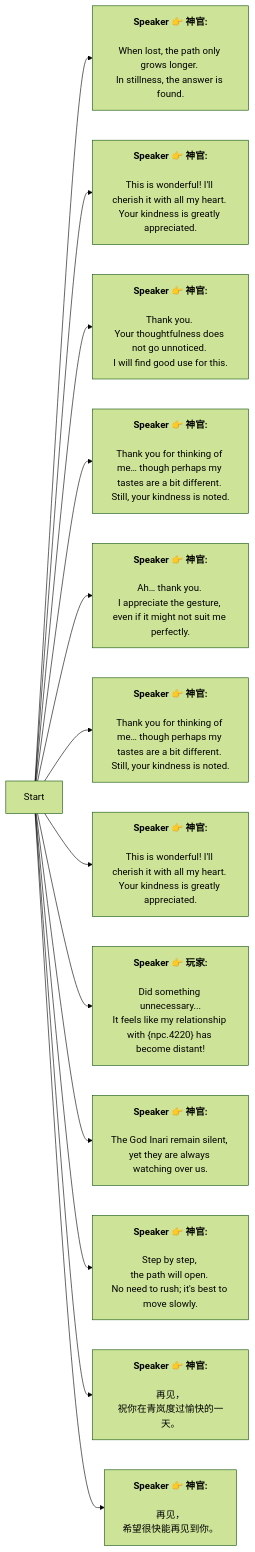
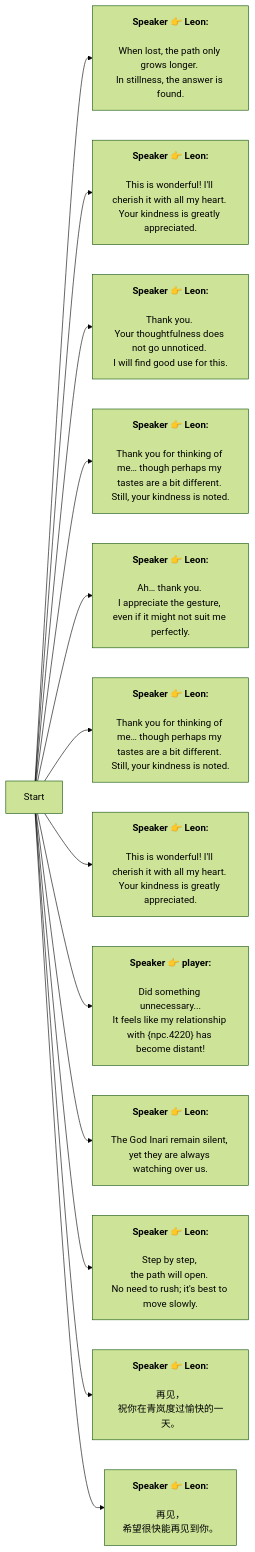
The diagram in Zh/Leon.md (SoftHu/tos_avg), drawn with Mermaid (forest theme) before and after one commit. The commit also changed 737 other files, not shown here.

````diff
--- a/Zh/Leon.md
+++ b/Zh/Leon.md
@@ -1,53 +1,41 @@
 ```mermaid
 graph LR
-Start -->1727291147077752[<b>Speaker 👉 神官:</b>
-
-When lost, the path only grows longer. 
+Start -->1727291147077752[<b>Speaker 👉 Leon:</b>
+\nWhen lost, the path only grows longer. 
 In stillness, the answer is found.]
-Start -->1727291569674366[<b>Speaker 👉 神官:</b>
-
-This is wonderful! I'll cherish it with all my heart. 
+Start -->1727291569674366[<b>Speaker 👉 Leon:</b>
+\nThis is wonderful! I'll cherish it with all my heart. 
 Your kindness is greatly appreciated.]
-Start -->1727291569674368[<b>Speaker 👉 神官:</b>
-
-Thank you. 
+Start -->1727291569674368[<b>Speaker 👉 Leon:</b>
+\nThank you. 
 Your thoughtfulness does not go unnoticed. 
 I will find good use for this.]
-Start -->1727291569675396[<b>Speaker 👉 神官:</b>
-
-Thank you for thinking of me… though perhaps my tastes are a bit different. Still, your kindness is noted.]
-Start -->1727291569675394[<b>Speaker 👉 神官:</b>
-
-Ah… thank you. 
+Start -->1727291569675396[<b>Speaker 👉 Leon:</b>
+\nThank you for thinking of me… though perhaps my tastes are a bit different. Still, your kindness is noted.]
+Start -->1727291569675394[<b>Speaker 👉 Leon:</b>
+\nAh… thank you. 
 I appreciate the gesture, 
 even if it might not suit me perfectly.]
-Start -->1727291569675398[<b>Speaker 👉 神官:</b>
-
-Thank you for thinking of me… though perhaps my tastes are a bit different. 
+Start -->1727291569675398[<b>Speaker 👉 Leon:</b>
+\nThank you for thinking of me… though perhaps my tastes are a bit different. 
 Still, your kindness is noted.]
-Start -->1727291569675400[<b>Speaker 👉 神官:</b>
-
-This is wonderful! I'll cherish it with all my heart. 
+Start -->1727291569675400[<b>Speaker 👉 Leon:</b>
+\nThis is wonderful! I'll cherish it with all my heart. 
 Your kindness is greatly appreciated.]
-Start -->1727291569676426[<b>Speaker 👉 玩家:</b>
-
-Did something unnecessary...
+Start -->1727291569676426[<b>Speaker 👉 player:</b>
+\nDid something unnecessary...
 It feels like my relationship with &lbrace;npc.4220&rbrace; has become distant!]
-Start -->1727291716105364[<b>Speaker 👉 神官:</b>
-
-The God Inari remain silent, yet they are always watching over us.]
-Start -->1756938432158782[<b>Speaker 👉 神官:</b>
-
-Step by step, 
+Start -->1727291716105364[<b>Speaker 👉 Leon:</b>
+\nThe God Inari remain silent, yet they are always watching over us.]
+Start -->1756938432158782[<b>Speaker 👉 Leon:</b>
+\nStep by step, 
 the path will open. 
 No need to rush; it's best to move slowly.]
-Start -->1758882749960786[<b>Speaker 👉 神官:</b>
-
-再见，
+Start -->1758882749960786[<b>Speaker 👉 Leon:</b>
+\n再见，
 祝你在青岚度过愉快的一天。]
-Start -->1758882753961555[<b>Speaker 👉 神官:</b>
-
-再见，
+Start -->1758882753961555[<b>Speaker 👉 Leon:</b>
+\n再见，
 希望很快能再见到你。]
 
- ```
+```
````
